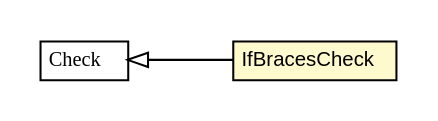
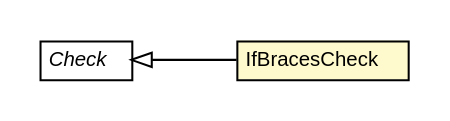
The diagram in javadoc/apidocs/org/turbogwt/tools/checkstyle/IfBracesCheck.dot (growbit/turbogwt-checkstyle), drawn with Graphviz before and after one commit. The commit also changed 34 other files, not shown here.

```diff
--- a/javadoc/apidocs/org/turbogwt/tools/checkstyle/IfBracesCheck.dot
+++ b/javadoc/apidocs/org/turbogwt/tools/checkstyle/IfBracesCheck.dot
@@ -1,27 +1,27 @@
 #!/usr/local/bin/dot
 #
 # Class diagram 
 # Generated by UMLGraph version R5_6-24-gf6e263 (http://www.umlgraph.org/)
 #
 
 digraph G {
-	edge [fontname="arial",fontsize=10,labelfontname="arial",labelfontsize=10];
-	node [fontname="arial",fontsize=10,shape=plaintext];
+	edge [fontname="Helvetica",fontsize=10,labelfontname="Helvetica",labelfontsize=10];
+	node [fontname="Helvetica",fontsize=10,shape=plaintext];
 	nodesep=0.25;
 	ranksep=0.5;
 	rankdir=LR;
 	// org.turbogwt.tools.checkstyle.IfBracesCheck
 	c3 [label=<<table title="org.turbogwt.tools.checkstyle.IfBracesCheck" border="0" cellborder="1" cellspacing="0" cellpadding="2" port="p" bgcolor="lemonChiffon" href="./IfBracesCheck.html">
 		<tr><td><table border="0" cellspacing="0" cellpadding="1">
 <tr><td align="center" balign="center"> IfBracesCheck </td></tr>
 		</table></td></tr>
-		</table>>, URL="./IfBracesCheck.html", fontname="arial", fontcolor="black", fontsize=10.0];
+		</table>>, URL="./IfBracesCheck.html", fontname="Helvetica", fontcolor="black", fontsize=10.0];
 	//org.turbogwt.tools.checkstyle.IfBracesCheck extends com.puppycrawl.tools.checkstyle.api.Check
 	c5:p -> c3:p [dir=back,arrowtail=empty];
 	// com.puppycrawl.tools.checkstyle.api.Check
 	c5 [label=<<table title="com.puppycrawl.tools.checkstyle.api.Check" border="0" cellborder="1" cellspacing="0" cellpadding="2" port="p">
 		<tr><td><table border="0" cellspacing="0" cellpadding="1">
-<tr><td align="center" balign="center"><font face="arial italic"> Check </font></td></tr>
+<tr><td align="center" balign="center"><font face="Helvetica-Oblique"> Check </font></td></tr>
 		</table></td></tr>
-		</table>>, URL="null", fontname="arial", fontcolor="black", fontsize=10.0];
+		</table>>, URL="null", fontname="Helvetica", fontcolor="black", fontsize=10.0];
 }
```
